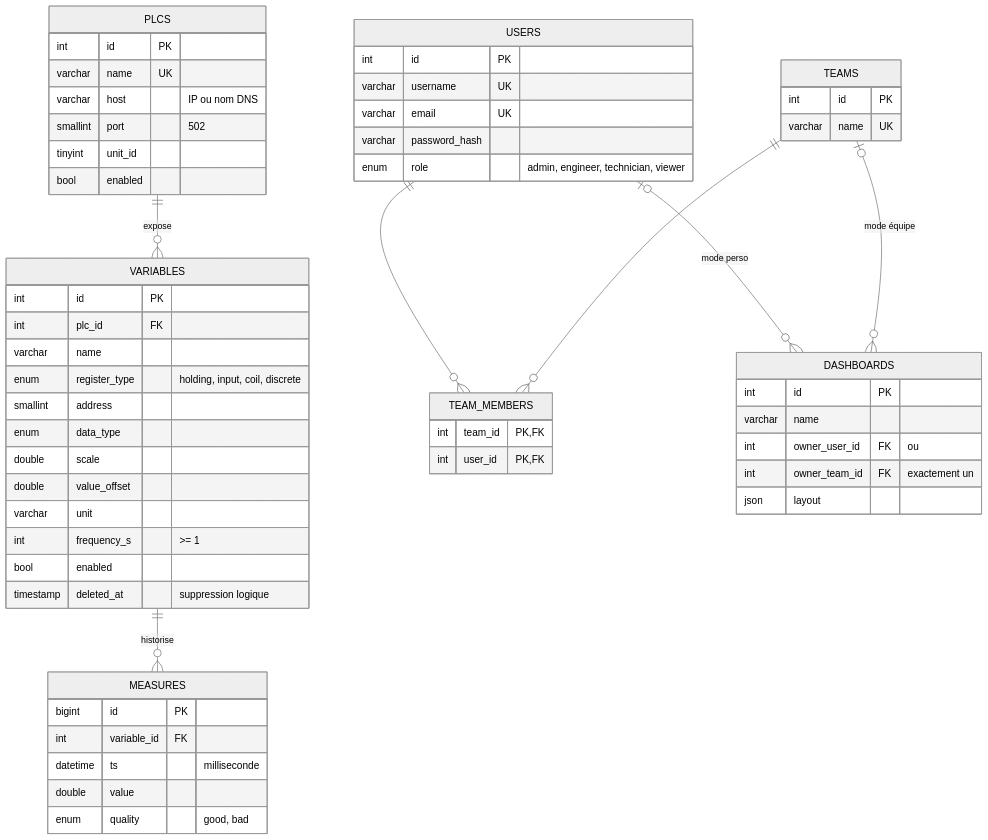
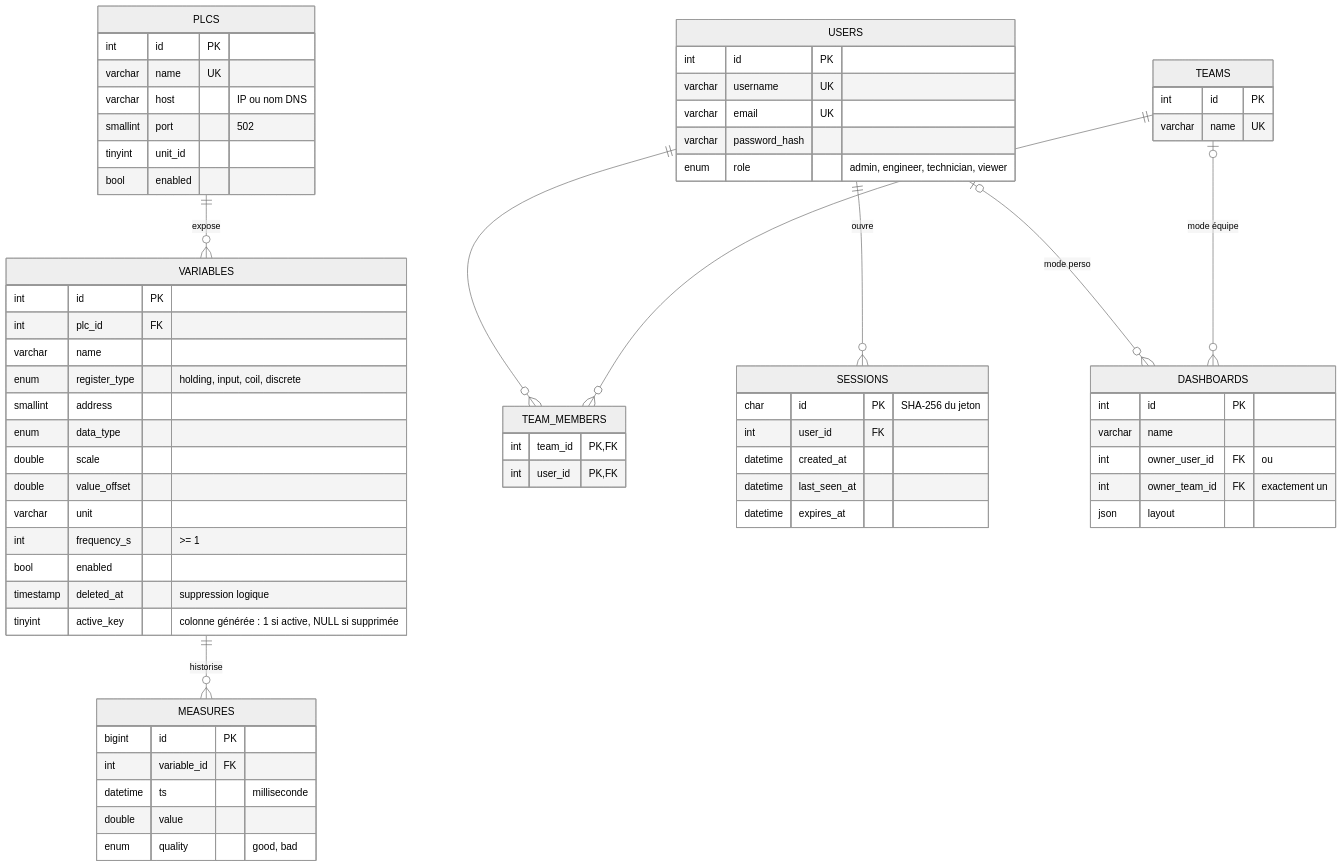
The second of 2 diagrams in docs/RAPPORT.md (TiTooom/TP_SI_2027_Outil_Industriel), drawn with Mermaid (neutral theme) before and after one commit. The commit also changed other lines of this file and 28 other files, not shown here.

````diff
--- a/docs/RAPPORT.md
+++ b/docs/RAPPORT.md
@@ -91,61 +108,70 @@
 ```mermaid
 erDiagram
     PLCS ||--o{ VARIABLES : "expose"
     VARIABLES ||--o{ MEASURES : "historise"
     USERS ||--o{ TEAM_MEMBERS : ""
     TEAMS ||--o{ TEAM_MEMBERS : ""
+    USERS ||--o{ SESSIONS : "ouvre"
     USERS |o--o{ DASHBOARDS : "mode perso"
     TEAMS |o--o{ DASHBOARDS : "mode équipe"
 
     PLCS {
         int id PK
         varchar name UK
         varchar host "IP ou nom DNS"
         smallint port "502"
         tinyint unit_id
         bool enabled
     }
     VARIABLES {
         int id PK
         int plc_id FK
         varchar name
         enum register_type "holding, input, coil, discrete"
         smallint address
         enum data_type
         double scale
         double value_offset
         varchar unit
         int frequency_s ">= 1"
         bool enabled
         timestamp deleted_at "suppression logique"
+        tinyint active_key "colonne générée : 1 si active, NULL si supprimée"
     }
     MEASURES {
         bigint id PK
         int variable_id FK
         datetime ts "milliseconde"
         double value
         enum quality "good, bad"
     }
     USERS {
         int id PK
         varchar username UK
         varchar email UK
         varchar password_hash
         enum role "admin, engineer, technician, viewer"
     }
     TEAMS {
         int id PK
         varchar name UK
     }
     TEAM_MEMBERS {
         int team_id PK, FK
         int user_id PK, FK
     }
+    SESSIONS {
+        char id PK "SHA-256 du jeton"
+        int user_id FK
+        datetime created_at
+        datetime last_seen_at
+        datetime expires_at
+    }
     DASHBOARDS {
         int id PK
         varchar name
         int owner_user_id FK "ou"
         int owner_team_id FK "exactement un"
         json layout
     }
 ```
````
